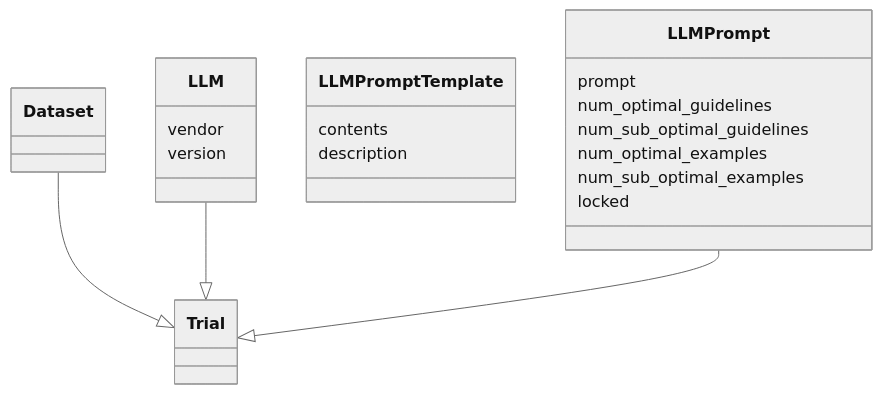
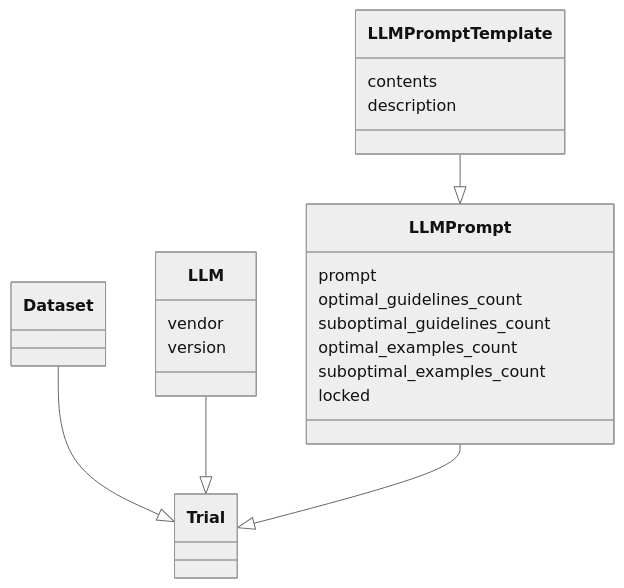
One commit to empirical-org/Empirical-Core changed the second of 5 diagrams in services/QuillLMS/engines/evidence/app/models/evidence/research/readme.md. Above: the diagram before and after it, drawn with Mermaid (neutral theme). The commit also changed other lines of this file and 105 other files, not shown here.

First line of the commit message:
GenAI Reorg Part 8:  Update Trial and LLMPrompt schemas (#11963)

````diff
--- a/services/QuillLMS/engines/evidence/app/models/evidence/research/readme.md
+++ b/services/QuillLMS/engines/evidence/app/models/evidence/research/readme.md
@@ -46,23 +49,24 @@
 ```mermaid
 classDiagram
     class LLM {
          vendor
          version
     }
     class LLMPrompt {
          prompt
-         num_optimal_guidelines
-         num_sub_optimal_guidelines
-         num_optimal_examples
-         num_sub_optimal_examples
+         optimal_guidelines_count
+         suboptimal_guidelines_count
+         optimal_examples_count
+         suboptimal_examples_count
          locked
     }
     class LLMPromptTemplate {
          contents
          description
     }
 
     Dataset --|> Trial
     LLM --|> Trial
+    LLMPromptTemplate --|> LLMPrompt
     LLMPrompt --|> Trial
 ```
````
